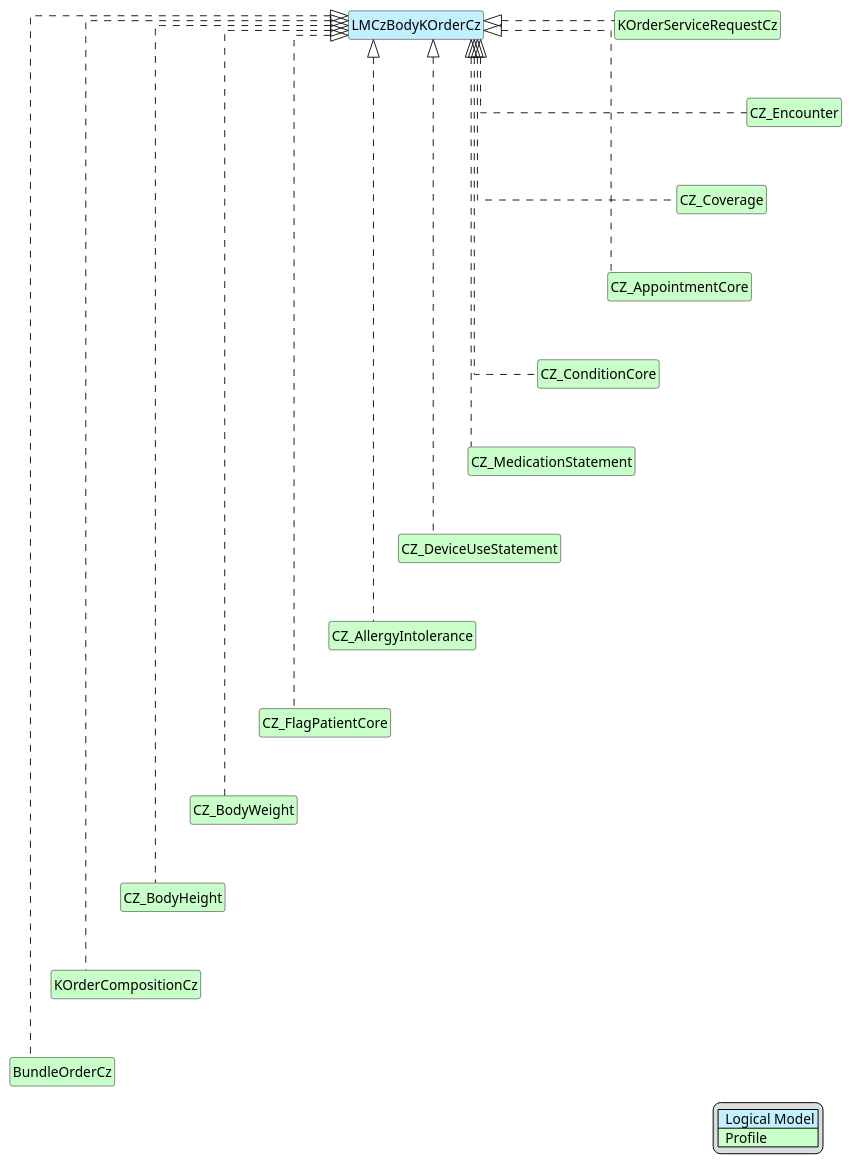
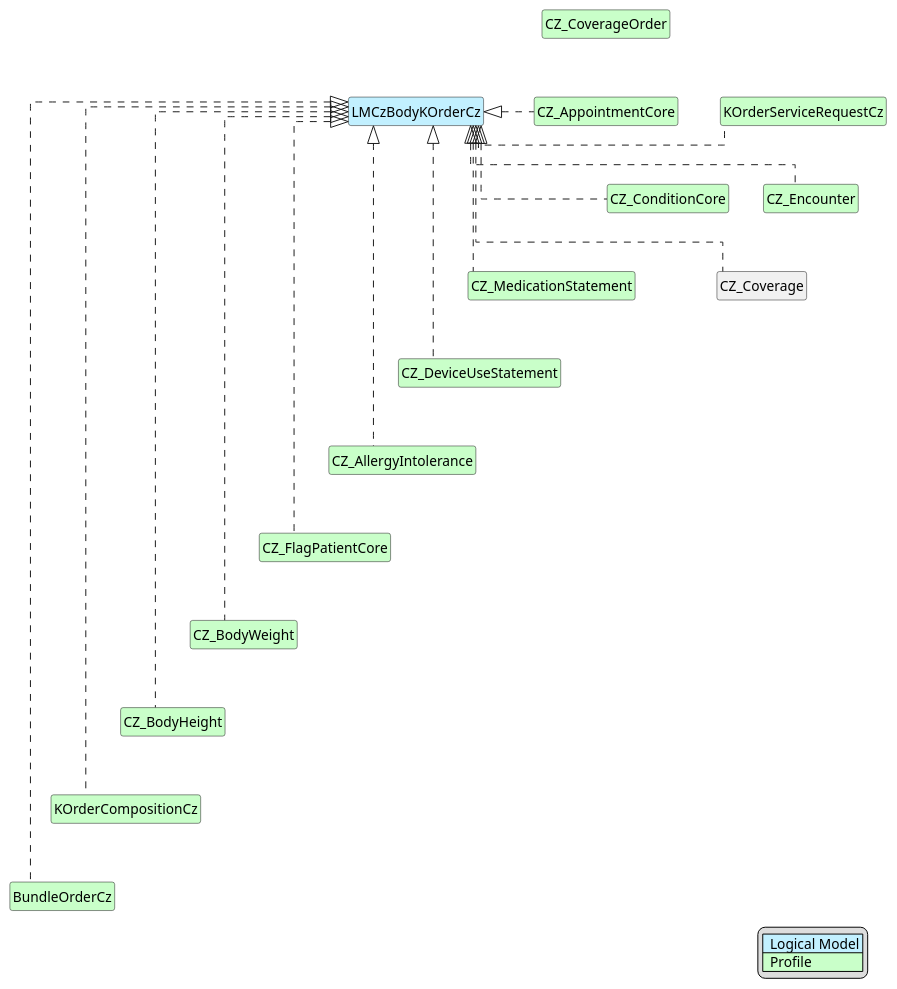
The diagram in input/images-source/K-Body-map.plantuml (HL7-cz/k-order), drawn with PlantUML before and after one commit. The commit also changed 19 other files, not shown here.

Commit message:
Zavedení profilu CZ_CoverageOrder jeho náležitostí do mapování a příkladu + invariant.

```diff
--- a/input/images-source/K-Body-map.plantuml
+++ b/input/images-source/K-Body-map.plantuml
@@ -1,73 +1,73 @@
 @startuml
 
 hide circle
 hide stereotype
 hide members
 hide methods
 
 skinparam linetype ortho
 
 skinparam class {
 BackgroundColor<<LogicalModel>> #APPLICATION
 BackgroundColor<<Profile>> #TECHNOLOGY
 }
 
 legend right
 | <#APPLICATION>  Logical Model |
 | <#TECHNOLOGY>  Profile |
 endlegend
 
 class "LMCzBodyKOrderCz" <<LogicalModel>> [[StructureDefinition-LMBodyKOrder.html]]
 
 class "KOrderServiceRequestCz" <<Profile>> [[StructureDefinition-KOrderServiceRequestCz.html]]
 "LMCzBodyKOrderCz" <|. "KOrderServiceRequestCz"
 
 class "CZ_Encounter" <<Profile>> [[https://hl7.cz/fhir/core/StructureDefinition-encounter-cz-core.html]]
 "LMCzBodyKOrderCz" <|. "CZ_Encounter"
 "KOrderServiceRequestCz" -d[hidden]-> "CZ_Encounter"
 
-class "CZ_Coverage" <<Profile>> [[https://hl7.cz/fhir/core/StructureDefinition-cz-coverage.html]]
+class "CZ_CoverageOrder" <<Profile>> [[https://hl7.cz/fhir/core/StructureDefinition-cz-coverage.html]]
 "LMCzBodyKOrderCz" <|. "CZ_Coverage"
 "CZ_Encounter" -d[hidden]-> "CZ_Coverage"
 
 class "CZ_AppointmentCore" <<Profile>> [[https://hl7.cz/fhir/core/StructureDefinition-appointment-cz-core.html]]
 "LMCzBodyKOrderCz" <|. "CZ_AppointmentCore"
-"CZ_Coverage" -d[hidden]-> "CZ_AppointmentCore"
+"CZ_CoverageOrder" -d[hidden]-> "CZ_AppointmentCore"
 
 class "CZ_ConditionCore" <<Profile>> [[https://hl7.cz/fhir/core/StructureDefinition-condition-cz-core.html]]
 "LMCzBodyKOrderCz" <|. "CZ_ConditionCore"
 "CZ_AppointmentCore" -d[hidden]-> "CZ_ConditionCore"
 
 class "CZ_MedicationStatement" <<Profile>> [[https://hl7.cz/fhir/core/StructureDefinition-medicationStatement-cz-core.html]]
 "LMCzBodyKOrderCz" <|. "CZ_MedicationStatement"
 "CZ_ConditionCore" -d[hidden]-> "CZ_MedicationStatement"
 
 class "CZ_DeviceUseStatement" <<Profile>> [[StructureDefinition-cz-deviceUseStatement.html]]
 "LMCzBodyKOrderCz" <|. "CZ_DeviceUseStatement"
 "CZ_MedicationStatement" -d[hidden]-> "CZ_DeviceUseStatement"
 
 class "CZ_AllergyIntolerance" <<Profile>> [[https://hl7.cz/fhir/core/StructureDefinition-allergyIntolerance-cz-core.html]]
 "LMCzBodyKOrderCz" <|. "CZ_AllergyIntolerance"
 "CZ_DeviceUseStatement" -d[hidden]-> "CZ_AllergyIntolerance"
 
 class "CZ_FlagPatientCore" <<Profile>> [[https://hl7.cz/fhir/core/StructureDefinition-flag-patient-cz-core.html]]
 "LMCzBodyKOrderCz" <|. "CZ_FlagPatientCore"
 "CZ_AllergyIntolerance" -d[hidden]-> "CZ_FlagPatientCore"
 
 class "CZ_BodyWeight" <<Profile>> [[StructureDefinition-cz-bodyweight.html]]
 "LMCzBodyKOrderCz" <|. "CZ_BodyWeight"
 "CZ_FlagPatientCore" -d[hidden]-> "CZ_BodyWeight"
 
 class "CZ_BodyHeight" <<Profile>> [[StructureDefinition-cz-bodyheight.html]]
 "LMCzBodyKOrderCz" <|. "CZ_BodyHeight"
 "CZ_BodyWeight" -d[hidden]-> "CZ_BodyHeight"
 
 class "KOrderCompositionCz" <<Profile>> [[StructureDefinition-KOrderCompositionCz.html]]
 "LMCzBodyKOrderCz" <|. "KOrderCompositionCz"
 "CZ_BodyHeight" -d[hidden]-> "KOrderCompositionCz"
 
 class "BundleOrderCz" <<Profile>> [[StructureDefinition-BundleOrderCz.html]]
 "LMCzBodyKOrderCz" <|. "BundleOrderCz"
 "KOrderCompositionCz" -d[hidden]-> "BundleOrderCz"
 
 @enduml
```
